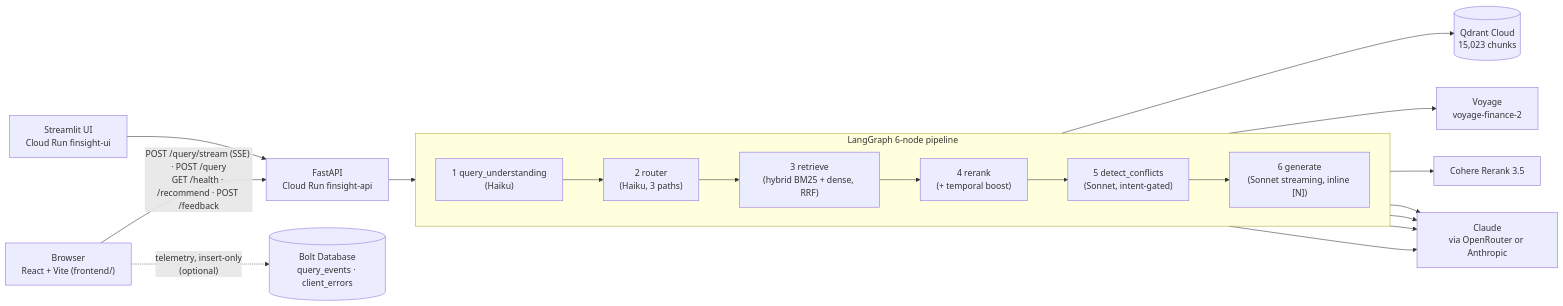
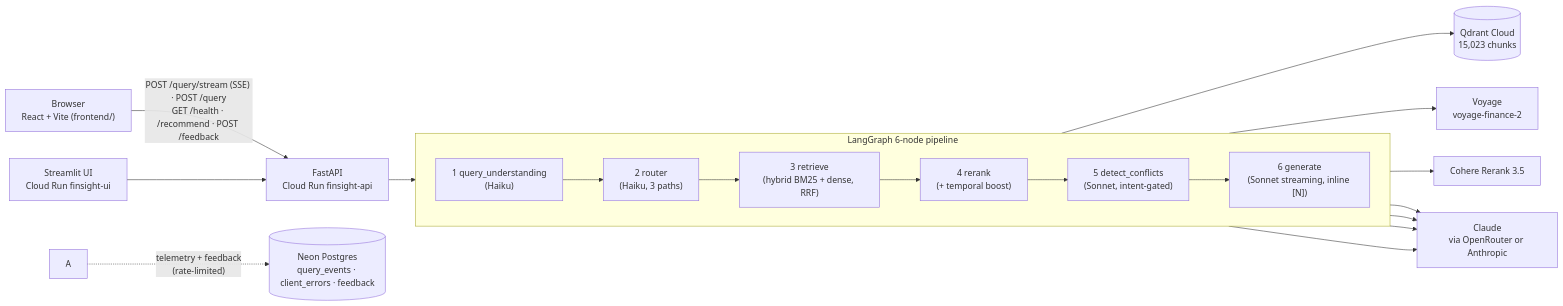
One commit to aparmarthi/rag-hybrid-search-reranking-system changed the diagram in README.md. Above: the diagram before and after it, drawn with Mermaid. The commit also changed other lines of this file and 6 other files, not shown here.

First line of the commit message:
docs: DEC-024 Postgres telemetry; mark DEC-023 superseded

````diff
--- a/README.md
+++ b/README.md
@@ -42,18 +42,18 @@
 ```mermaid
 flowchart LR
     B["Browser<br/>React + Vite (frontend/)"] -->|"POST /query/stream (SSE) · POST /query<br/>GET /health · /recommend · POST /feedback"| API
     ST["Streamlit UI<br/>Cloud Run finsight-ui"] --> API
     API["FastAPI<br/>Cloud Run finsight-api"] --> QU
 
     subgraph LG["LangGraph 6-node pipeline"]
         direction LR
         QU["1 query_understanding<br/>(Haiku)"] --> RT["2 router<br/>(Haiku, 3 paths)"] --> RE["3 retrieve<br/>(hybrid BM25 + dense, RRF)"] --> RR["4 rerank<br/>(+ temporal boost)"] --> DC["5 detect_conflicts<br/>(Sonnet, intent-gated)"] --> GE["6 generate<br/>(Sonnet streaming, inline [N])"]
     end
 
     RE --> Q[("Qdrant Cloud<br/>15,023 chunks")]
     RE --> V["Voyage<br/>voyage-finance-2"]
     RR --> C["Cohere Rerank 3.5"]
     QU & RT & DC & GE --> L["Claude<br/>via OpenRouter or Anthropic"]
 
-    B -.->|"telemetry, insert-only<br/>(optional)"| T[("Bolt Database<br/>query_events · client_errors")]
+    A -.->|"telemetry + feedback<br/>(rate-limited)"| T[("Neon Postgres<br/>query_events · client_errors · feedback")]
 ```
````
